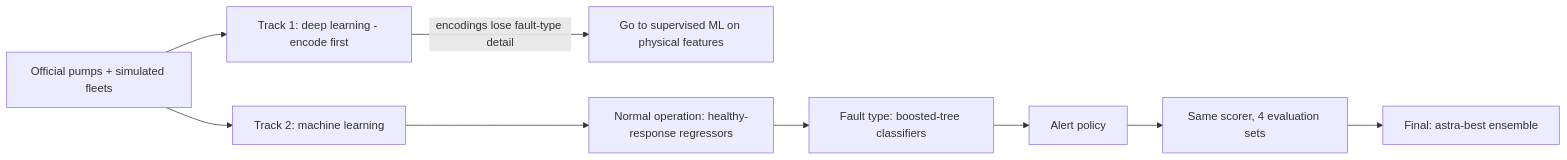
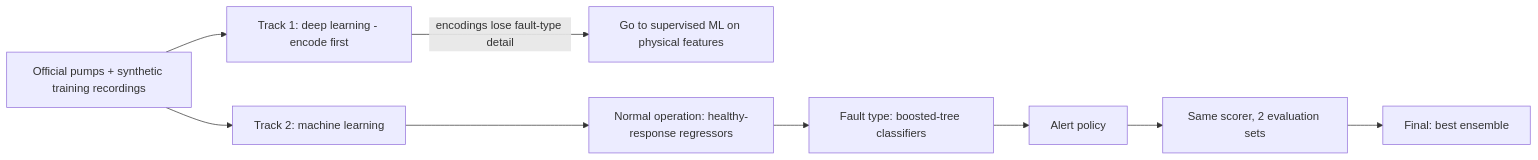
Before and after one commit to akbaig/Retrofit-AI-QuaViz: the diagram in RETROFIT_AI_PARTICIPANTS_2026/SOLUTION.md, drawn with Mermaid. The commit also changed other lines of this file and 8 other files, not shown here.

Commit message:
SOLUTION.md: drop our simulated fleets, add encoder recall, rename final model to best

````diff
--- a/RETROFIT_AI_PARTICIPANTS_2026/SOLUTION.md
+++ b/RETROFIT_AI_PARTICIPANTS_2026/SOLUTION.md
@@ -5,11 +5,11 @@
 ```mermaid
 flowchart LR
-    Data["Official pumps + simulated fleets"] --> DL["Track 1: deep learning - encode first"]
+    Data["Official pumps + synthetic training recordings"] --> DL["Track 1: deep learning - encode first"]
     Data --> ML["Track 2: machine learning"]
     DL -->|"encodings lose fault-type detail"| Decision["Go to supervised ML on physical features"]
     ML --> Normal["Normal operation: healthy-response regressors"]
     Normal --> Fault["Fault type: boosted-tree classifiers"]
     Fault --> Policy["Alert policy"]
-    Policy --> Eval["Same scorer, 4 evaluation sets"]
-    Eval --> Final["Final: astra-best ensemble"]
+    Policy --> Eval["Same scorer, 2 evaluation sets"]
+    Eval --> Final["Final: best ensemble"]
 ```
````
